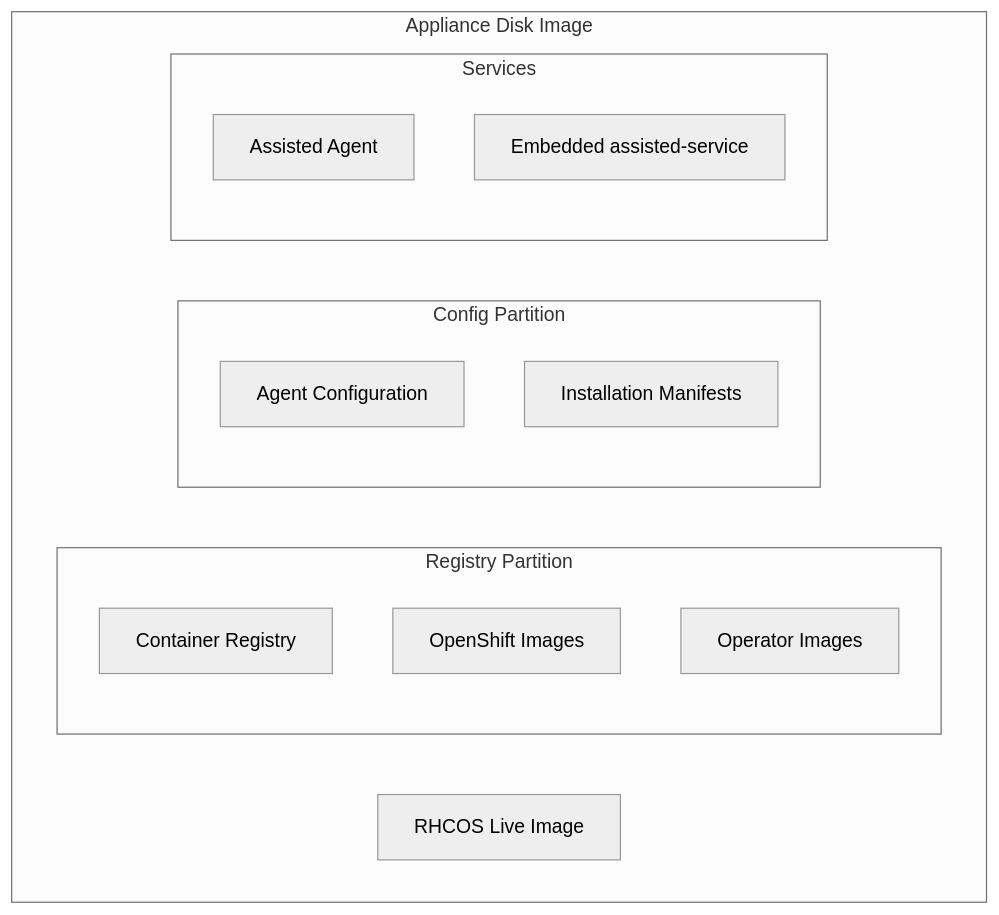
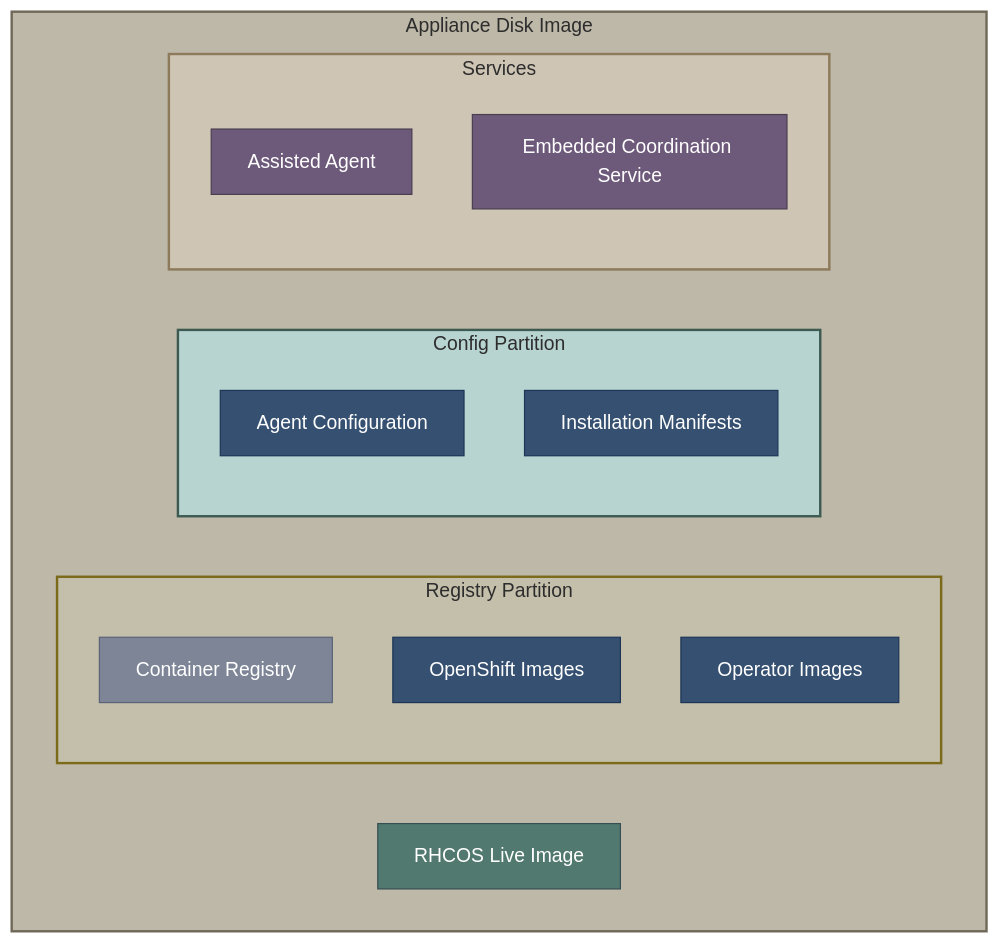
Before and after one commit to zszabo-rh/openshift-install-guide: the second of 4 diagrams in 04-image-based-installation/appliance.md, drawn with Mermaid (neutral theme). The commit also changed other lines of this file and 16 other files, not shown here.

Commit message:
improved diagram style

````diff
--- a/04-image-based-installation/appliance.md
+++ b/04-image-based-installation/appliance.md
@@ -82,22 +99,36 @@
 ```mermaid
 graph TB
-    subgraph "Appliance Disk Image"
+    subgraph diskimage["Appliance Disk Image"]
         RHCOS[RHCOS Live Image]
         
-        subgraph "Registry Partition"
+        subgraph registry["Registry Partition"]
             REG[Container Registry]
             OCP_IMAGES[OpenShift Images]
             OPERATOR_IMAGES[Operator Images]
         end
         
-        subgraph "Config Partition"
+        subgraph config["Config Partition"]
             AGENT_CONFIG[Agent Configuration]
             MANIFESTS[Installation Manifests]
         end
         
-        subgraph "Services"
+        subgraph services["Services"]
             AGENT[Assisted Agent]
-            SERVICE[Embedded assisted-service]
+            SERVICE[Embedded Coordination Service]
         end
     end
+    
+    style RHCOS fill:#52796f,stroke:#354f52,color:#fff
+    style REG fill:#7d8597,stroke:#5c6378,color:#fff
+    style OCP_IMAGES fill:#355070,stroke:#1d3557,color:#fff
+    style OPERATOR_IMAGES fill:#355070,stroke:#1d3557,color:#fff
+    style AGENT_CONFIG fill:#355070,stroke:#1d3557,color:#fff
+    style MANIFESTS fill:#355070,stroke:#1d3557,color:#fff
+    style AGENT fill:#6d597a,stroke:#4a3f50,color:#fff
+    style SERVICE fill:#6d597a,stroke:#4a3f50,color:#fff
+    
+    style diskimage fill:#beb8a8,stroke:#706858,stroke-width:2px,color:#2d2d2d
+    style registry fill:#c4bfaa,stroke:#7a6a1a,stroke-width:2px,color:#2d2d2d
+    style config fill:#b8d4d0,stroke:#3d5a52,stroke-width:2px,color:#2d2d2d
+    style services fill:#cfc5b5,stroke:#8d7a5a,stroke-width:2px,color:#2d2d2d
 ```
````
